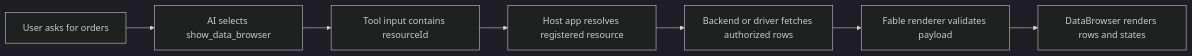
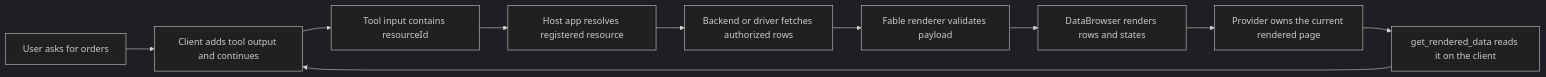
Before and after one commit to shobky/fable-ui: the diagram in content/docs/components/data-browser.mdx, drawn with Mermaid (dark theme). The commit also changed other lines of this file and 15 other files, not shown here.

````diff
--- a/content/docs/components/data-browser.mdx
+++ b/content/docs/components/data-browser.mdx
@@ -59,9 +63,12 @@
 ```mermaid
 flowchart LR
   User["User asks for orders"] --> AI["AI selects show_data_browser"]
   AI --> Tool["Tool input contains resourceId"]
   Tool --> Host["Host app resolves registered resource"]
   Host --> Backend["Backend or driver fetches authorized rows"]
   Backend --> Renderer["Fable renderer validates payload"]
   Renderer --> UI["DataBrowser renders rows and states"]
+  UI --> Snapshot["Provider owns the current rendered page"]
+  Snapshot --> Reasoning["get_rendered_data reads it on the client"]
+  Reasoning --> AI["Client adds tool output and continues"]
 ```
````
